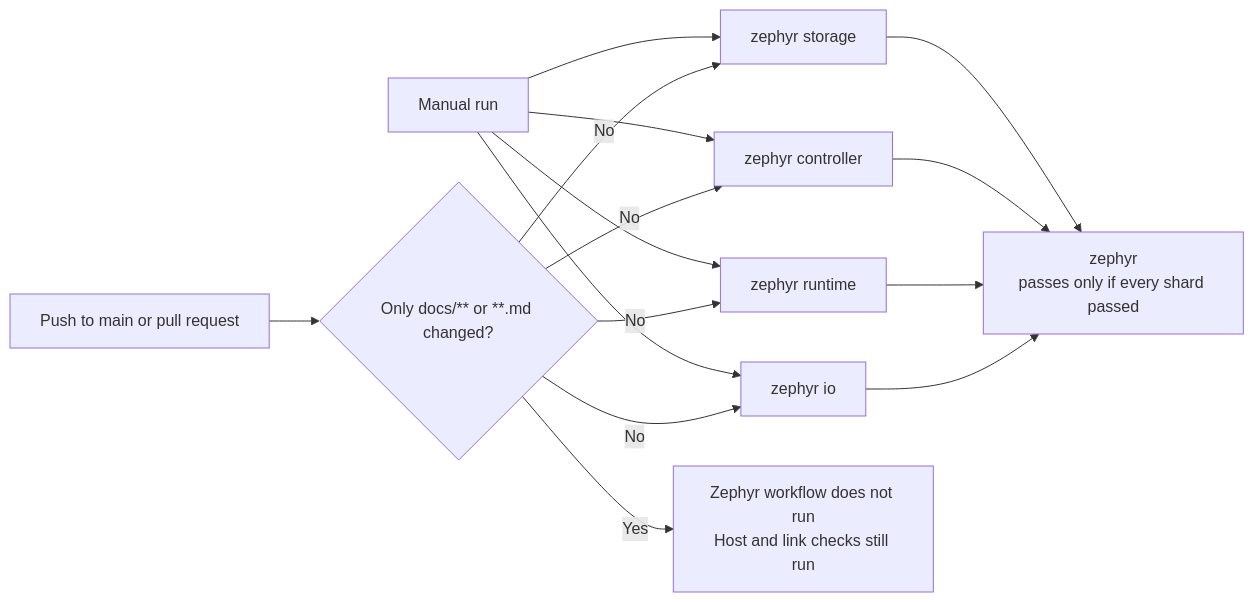
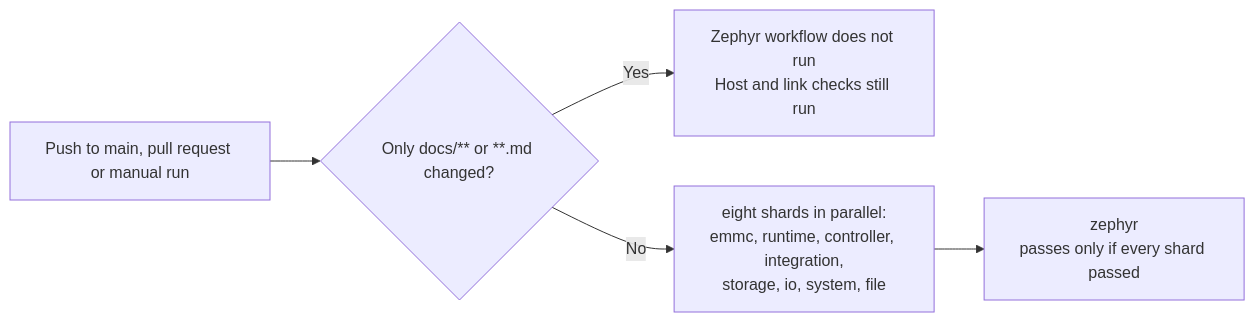
One commit to wonny-labs/crux changed the diagram in docs/ci-zephyr-shards.md. Above: the diagram before and after it, drawn with Mermaid. The commit also changed other lines of this file and 3 other files, not shown here.

````diff
--- a/docs/ci-zephyr-shards.md
+++ b/docs/ci-zephyr-shards.md
@@ -7,17 +7,7 @@
 ```mermaid
 flowchart LR
-    event["Push to main or pull request"] --> filter{"Only docs/** or **.md changed?"}
-    manual["Manual run"] --> storage
-    manual --> controller
-    manual --> runtime
-    manual --> io
+    event["Push to main, pull request or manual run"] --> filter{"Only docs/** or **.md changed?"}
     filter -- "Yes" --> skip["Zephyr workflow does not run<br/>Host and link checks still run"]
-    filter -- "No" --> storage["zephyr storage"]
-    filter -- "No" --> controller["zephyr controller"]
-    filter -- "No" --> runtime["zephyr runtime"]
-    filter -- "No" --> io["zephyr io"]
-    storage --> summary["zephyr<br/>passes only if every shard passed"]
-    controller --> summary
-    runtime --> summary
-    io --> summary
+    filter -- "No" --> shards["eight shards in parallel:<br/>emmc, runtime, controller, integration,<br/>storage, io, system, file"]
+    shards --> summary["zephyr<br/>passes only if every shard passed"]
 ```
````
